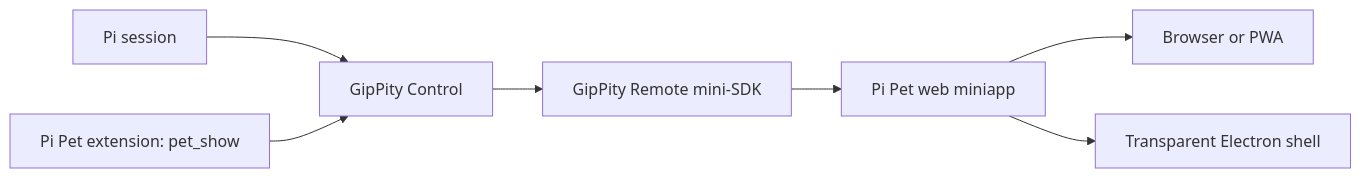
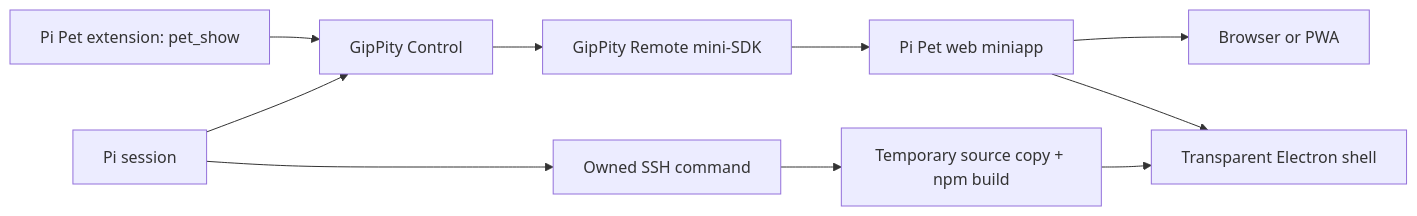
One commit to IgorWarzocha/howaboua-pi-stuff changed the diagram in packages/pi-pet/docs/architecture.md. Above: the diagram before and after it, drawn with Mermaid. The commit also changed other lines of this file and 23 other files, not shown here.

Commit message:
feat(pi-pet): run desktop source over SSH

````diff
--- a/packages/pi-pet/docs/architecture.md
+++ b/packages/pi-pet/docs/architecture.md
@@ -3,9 +3,12 @@
 ```mermaid
 flowchart LR
     Pi[Pi session] --> G[GipPity Control]
+    Pi --> SSH[Owned SSH command]
+    SSH --> Build[Temporary source copy + npm build]
+    Build --> Electron[Transparent Electron shell]
     G --> SDK[GipPity Remote mini-SDK]
     SDK --> Web[Pi Pet web miniapp]
     Web --> Browser[Browser or PWA]
-    Web --> Electron[Transparent Electron shell]
+    Web --> Electron
     Pet[Pi Pet extension: pet_show] --> G
 ```
````
